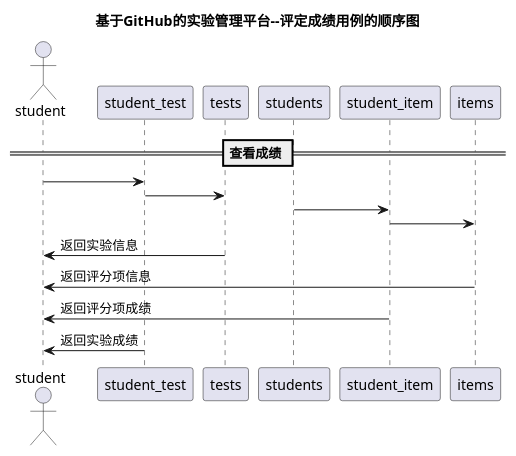
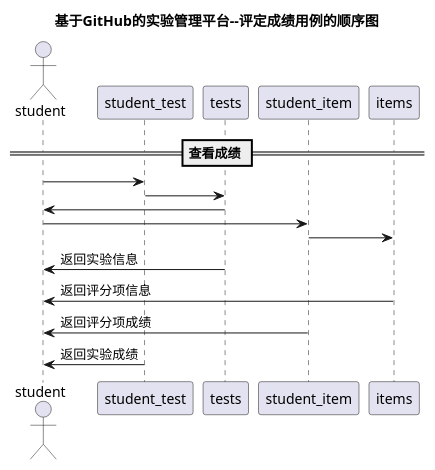
The diagram in test6/src/查看成绩.puml (1771190842/is_analysis), drawn with PlantUML before and after one commit. The commit also changed 1 other file, not shown here.

```diff
--- a/test6/src/查看成绩.puml
+++ b/test6/src/查看成绩.puml
@@ -1,15 +1,16 @@
 @startuml
 title 基于GitHub的实验管理平台--评定成绩用例的顺序图
 actor student
 == 查看成绩 ==
 
 student -> student_test
 student_test -> tests
-students -> student_item
+tests -> student
+student -> student_item
 student_item -> items
 tests -> student : 返回实验信息
 items -> student : 返回评分项信息
 student_item -> student : 返回评分项成绩
 student_test -> student :返回实验成绩
 
 @enduml
```
